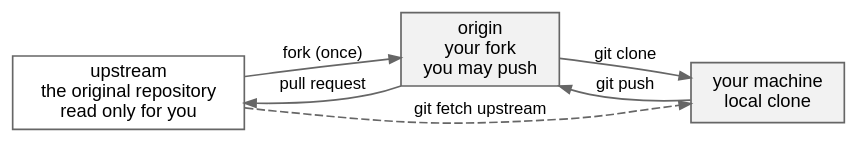
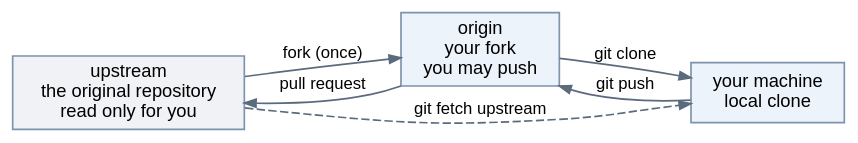
Before and after one commit to htl-leonding-college/curriculum-syp3: the second of 2 diagrams in modules/git-pull-requests/questions.adoc, drawn with Graphviz. The commit also changed other lines of this file and 65 other files, not shown here.

First line of the commit message:
feat(site): give the diagrams a semantic pastel palette

```diff
--- a/modules/git-pull-requests/questions.adoc
+++ b/modules/git-pull-requests/questions.adoc
@@ -100,21 +100,21 @@
 [graphviz,q-fork-flow,svg]
 ----
 digraph fork {
   rankdir=LR;
   bgcolor="transparent";
-  node [shape=box, style=filled, fillcolor="#f2f2f2", color="#666666",
+  node [shape=box, style=filled, fillcolor="#EDF3FA", color="#7C93AD",
         fontname="Helvetica", fontsize=11];
-  edge [color="#666666", arrowsize=0.7, fontname="Helvetica", fontsize=10];
+  edge [color="#5A6B7D", arrowsize=0.7, fontname="Helvetica", fontsize=10];
 
   U [label="upstream\nthe original repository\nread only for you",
-     fillcolor="#ffffff"];
+     fillcolor="#F0F2F5"];
   O [label="origin\nyour fork\nyou may push"];
   L [label="your machine\nlocal clone"];
 
   U -> O [label="fork (once)"];
   O -> L [label="git clone"];
   L -> O [label="git push"];
   O -> U [label="pull request"];
   U -> L [label="git fetch upstream", style=dashed];
 }
 ----
```
